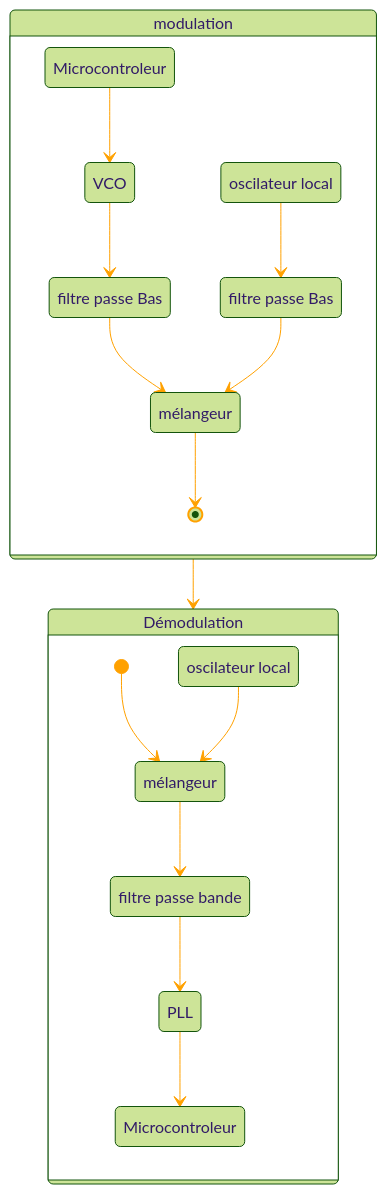
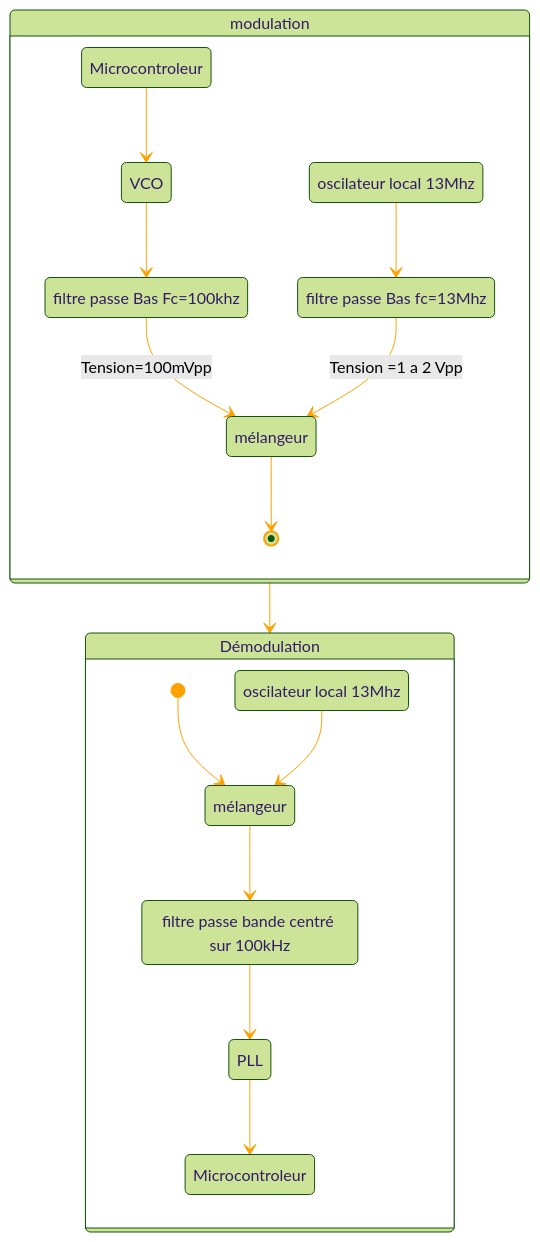
Before and after one commit to mg-mods/iut-lyon1-but-geii-sae-6: the diagram in HF/ReadMe.md, drawn with Mermaid. The commit also changed 4 other files, not shown here.

Commit message:
modif graphique readme , ajout detail filtre et  tension

````diff
--- a/HF/ReadMe.md
+++ b/HF/ReadMe.md
@@ -5,52 +5,52 @@
 ```mermaid
 ---
 config:
   theme: forest
   themeVariables:
     lineColor: '#FFA100'
 
 ---
 
 stateDiagram
   direction TB
   state modulation {
     direction TB
     Mi1 --> V1
     Ol1 --> PB1
     V1 --> PB2
-    PB2 --> Me1
-    PB1 --> Me1
+    PB2 --> Me1 :Tension=100mVpp
+    PB1 --> Me1 :Tension =1 a 2 Vpp
     Me1 --> [*]
     Mi1
     V1
     Ol1
     PB1
     PB2
     Me1
   }
   state Démodulation {
     direction TB
     [*] --> Me2
     Ol2 --> Me2
     Me2 --> PB3
     PB3 --> PLL
     PLL --> Mi2
 [*]    Me2
     Ol2
     PB3
     PLL
     Mi2
   }
   modulation --> Démodulation
   Mi1:Microcontroleur
   V1:VCO
-  Ol1:oscilateur local
-  PB1:filtre passe Bas
-  PB2:filtre passe Bas
+  Ol1:oscilateur local 13Mhz
+  PB1:filtre passe Bas fc=13Mhz
+  PB2:filtre passe Bas Fc=100khz
   Me1:mélangeur
   Me2:mélangeur
-  Ol2:oscilateur local
-  PB3:filtre passe bande
+  Ol2:oscilateur local 13Mhz
+  PB3:filtre passe bande centré sur 100kHz
   Mi2:Microcontroleur
 
   ```
````
